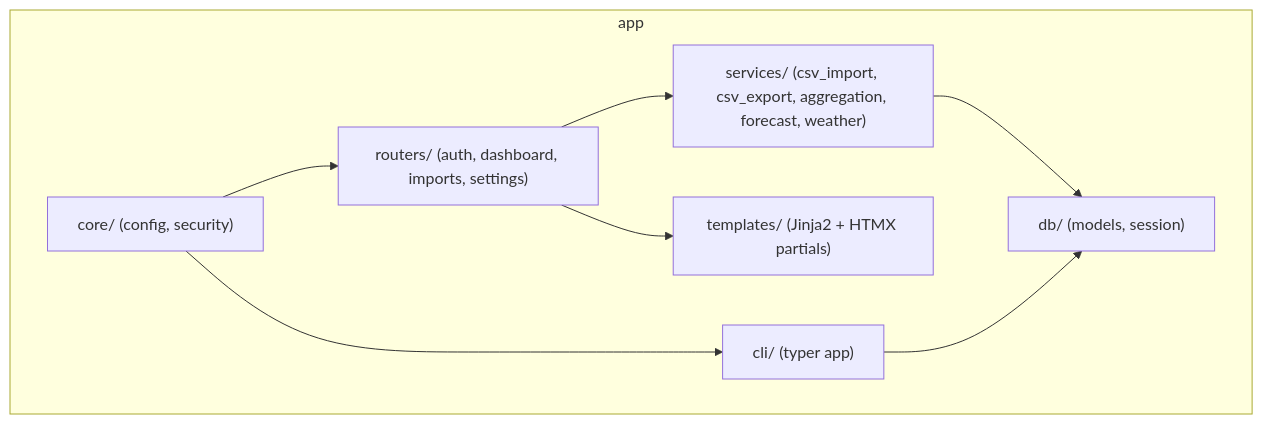
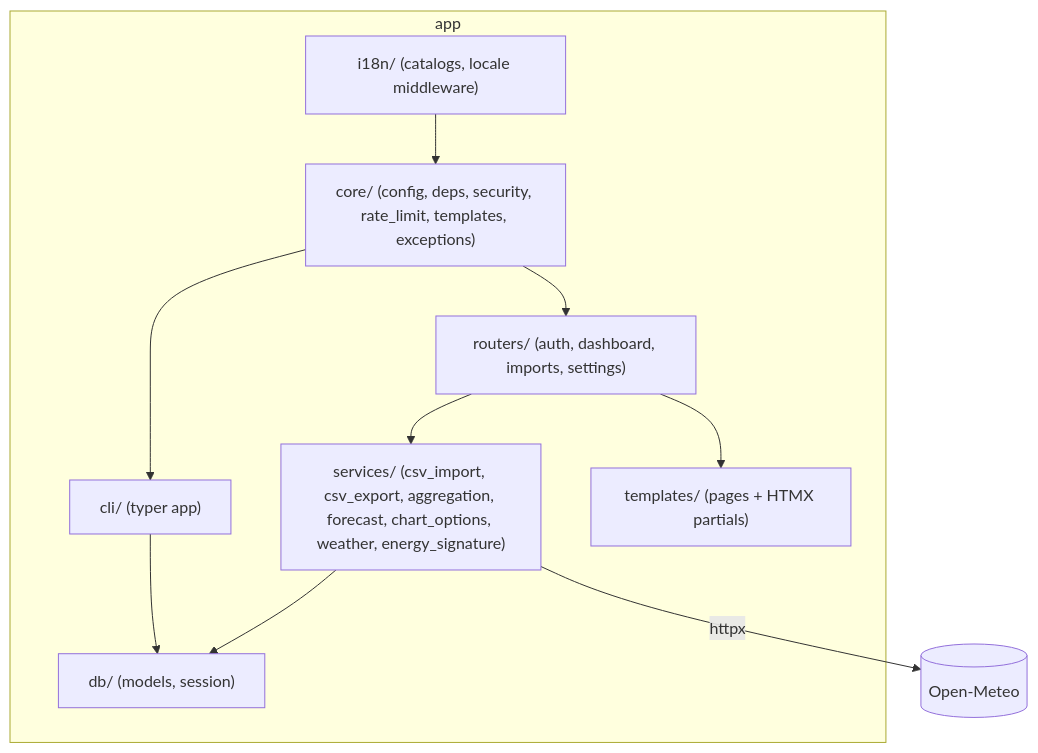
One commit to CSharplie/spark changed the second of 2 diagrams in docs/01-architecture.md. Above: the diagram before and after it, drawn with Mermaid. The commit also changed other lines of this file and 11 other files, not shown here.

First line of the commit message:
docs: refresh architecture and deployment guidance

````diff
--- a/docs/01-architecture.md
+++ b/docs/01-architecture.md
@@ -97,16 +102,19 @@
 ```mermaid
 flowchart TB
     subgraph app
         routers["routers/ (auth, dashboard, imports, settings)"]
-        services["services/ (csv_import, csv_export, aggregation, forecast, weather)"]
+        services["services/ (csv_import, csv_export, aggregation, forecast, chart_options, weather, energy_signature)"]
         db["db/ (models, session)"]
-        core["core/ (config, security)"]
+        core["core/ (config, deps, security, rate_limit, templates, exceptions)"]
+        i18n["i18n/ (catalogs, locale middleware)"]
         cli["cli/ (typer app)"]
-        templates["templates/ (Jinja2 + HTMX partials)"]
+        templates["templates/ (pages + HTMX partials)"]
     end
     routers --> services --> db
     cli --> db
     core --> routers
     core --> cli
+    i18n --> core
     routers --> templates
+    services -- "httpx" --> OpenMeteo[(Open-Meteo)]
 ```
````
